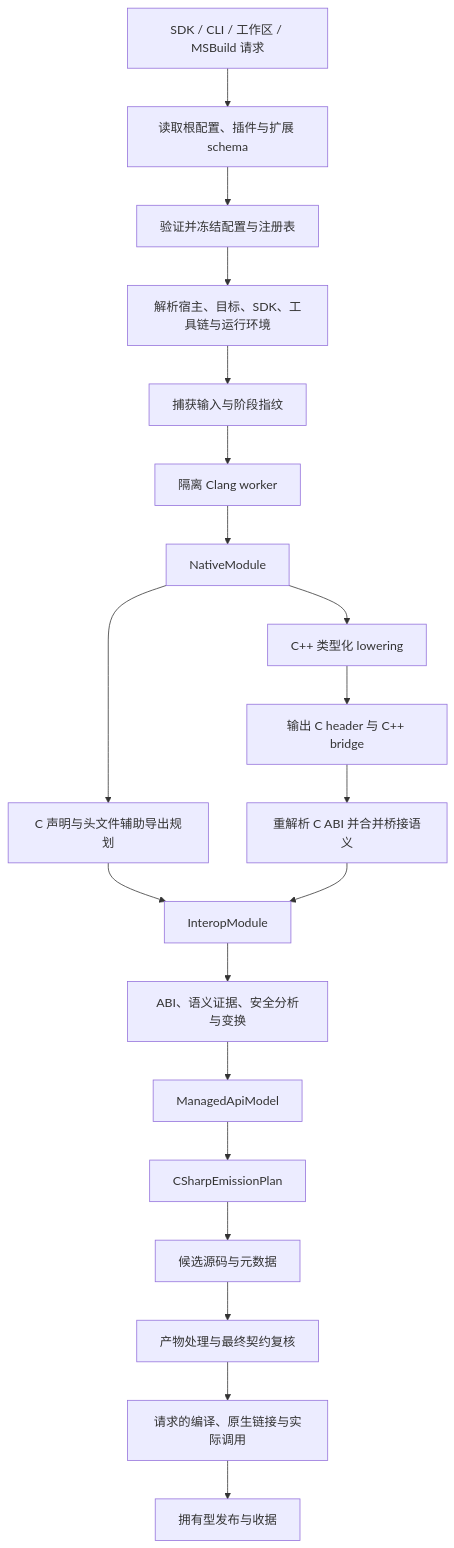
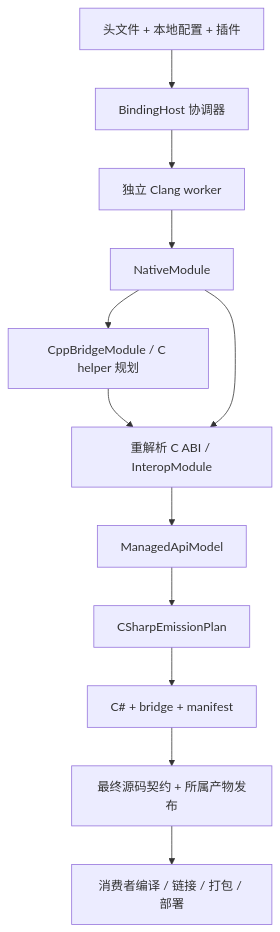
The diagram in docs/architecture.cn.md (FLwolfy/BindGen-CS), drawn with Mermaid before and after one commit. The commit also changed other lines of this file and 169 other files, not shown here.

````diff
--- a/docs/architecture.cn.md
+++ b/docs/architecture.cn.md
@@ -71,22 +34,14 @@
 ```mermaid
 flowchart TD
-    Input[SDK / CLI / 工作区 / MSBuild 请求] --> Bootstrap[读取根配置、插件与扩展 schema]
-    Bootstrap --> Freeze[验证并冻结配置与注册表]
-    Freeze --> Environment[解析宿主、目标、SDK、工具链与运行环境]
-    Environment --> Snapshot[捕获输入与阶段指纹]
-    Snapshot --> Parse[隔离 Clang worker]
-    Parse --> Native[NativeModule]
-    Native --> C[C 声明与头文件辅助导出规划]
-    Native --> Cpp[C++ 类型化 lowering]
-    Cpp --> Bridge[输出 C header 与 C++ bridge]
-    Bridge --> Reparse[重解析 C ABI 并合并桥接语义]
-    C --> Interop[InteropModule]
-    Reparse --> Interop
-    Interop --> Safety[ABI、语义证据、安全分析与变换]
-    Safety --> Managed[ManagedApiModel]
+    Input[头文件 + 本地配置 + 插件] --> Host[BindingHost 协调器]
+    Host --> Worker[独立 Clang worker]
+    Worker --> Native[NativeModule]
+    Native --> Bridge[CppBridgeModule / C helper 规划]
+    Bridge --> ABI[重解析 C ABI / InteropModule]
+    Native --> ABI
+    ABI --> Managed[ManagedApiModel]
     Managed --> Plan[CSharpEmissionPlan]
-    Plan --> Emit[候选源码与元数据]
-    Emit --> Process[产物处理与最终契约复核]
-    Process --> Validate[请求的编译、原生链接与实际调用]
-    Validate --> Publish[拥有型发布与收据]
+    Plan --> Output[C# + bridge + manifest]
+    Output --> Checks[最终源码契约 + 所属产物发布]
+    Checks --> External[消费者编译 / 链接 / 打包 / 部署]
 ```
````
